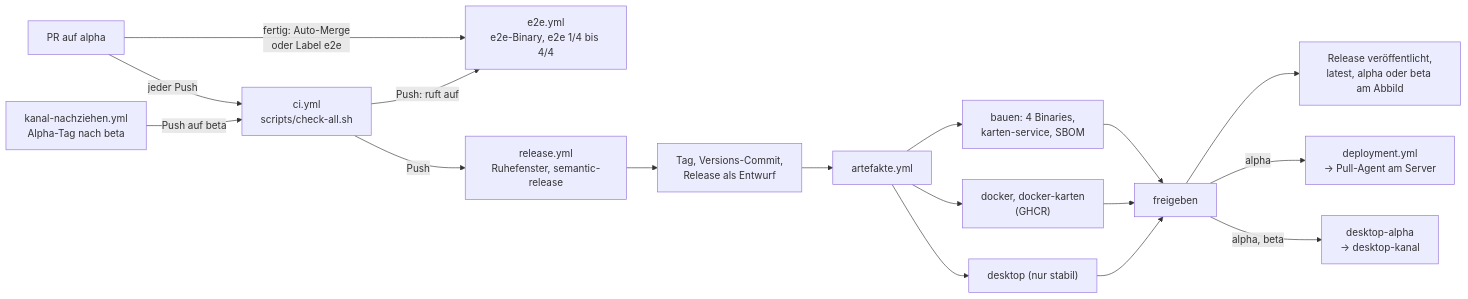
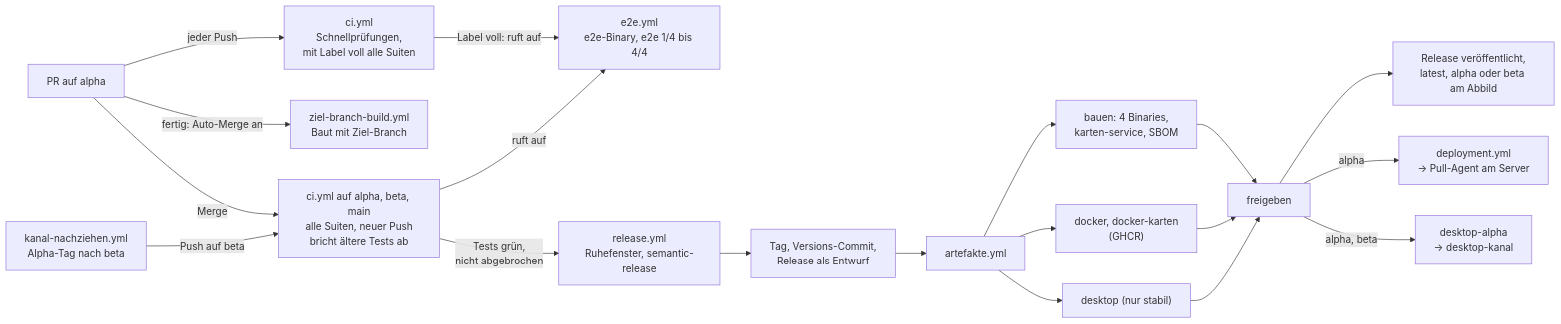
The second of 2 diagrams in docs/architektur/07-verteilungssicht.md (rubenvitt/lifeline-hub), drawn with Mermaid before and after one commit. The commit also changed other lines of this file and 30 other files, not shown here.

First line of the commit message:
feat(ci): Leichte PR-Prüfung, die Suiten laufen auf alpha

````diff
--- a/docs/architektur/07-verteilungssicht.md
+++ b/docs/architektur/07-verteilungssicht.md
@@ -142,19 +142,21 @@
 ```mermaid
 flowchart LR
-  PR["PR auf alpha"] -->|jeder Push| CI["ci.yml<br/>scripts/check-all.sh"]
-  PR -->|"fertig: Auto-Merge<br/>oder Label e2e"| E2E["e2e.yml<br/>e2e-Binary, e2e 1/4 bis 4/4"]
-  CI -->|Push: ruft auf| E2E
-  CI -->|Push| REL["release.yml<br/>Ruhefenster, semantic-release"]
+  PR["PR auf alpha"] -->|jeder Push| CIPR["ci.yml<br/>Schnellprüfungen,<br/>mit Label voll alle Suiten"]
+  PR -->|"fertig: Auto-Merge an"| ZB["ziel-branch-build.yml<br/>Baut mit Ziel-Branch"]
+  PR -->|Merge| CI["ci.yml auf alpha, beta, main<br/>alle Suiten, neuer Push<br/>bricht ältere Tests ab"]
+  CIPR -->|"Label voll: ruft auf"| E2E["e2e.yml<br/>e2e-Binary, e2e 1/4 bis 4/4"]
+  CI -->|ruft auf| E2E
+  CI -->|"Tests grün,<br/>nicht abgebrochen"| REL["release.yml<br/>Ruhefenster, semantic-release"]
   REL --> TAG["Tag, Versions-Commit,<br/>Release als Entwurf"]
   TAG --> ART["artefakte.yml"]
   ART --> B["bauen: 4 Binaries,<br/>karten-service, SBOM"]
   ART --> D["docker, docker-karten<br/>(GHCR)"]
   ART --> DS["desktop (nur stabil)"]
   NZ["kanal-nachziehen.yml<br/>Alpha-Tag nach beta"] -->|Push auf beta| CI
   B --> F["freigeben"]
   D --> F
   DS --> F
   F --> PUB["Release veröffentlicht,<br/>latest, alpha oder beta am Abbild"]
   F -->|alpha| DEP["deployment.yml<br/>→ Pull-Agent am Server"]
   F -->|alpha, beta| DA["desktop-alpha<br/>→ desktop-kanal"]
 ```
````
